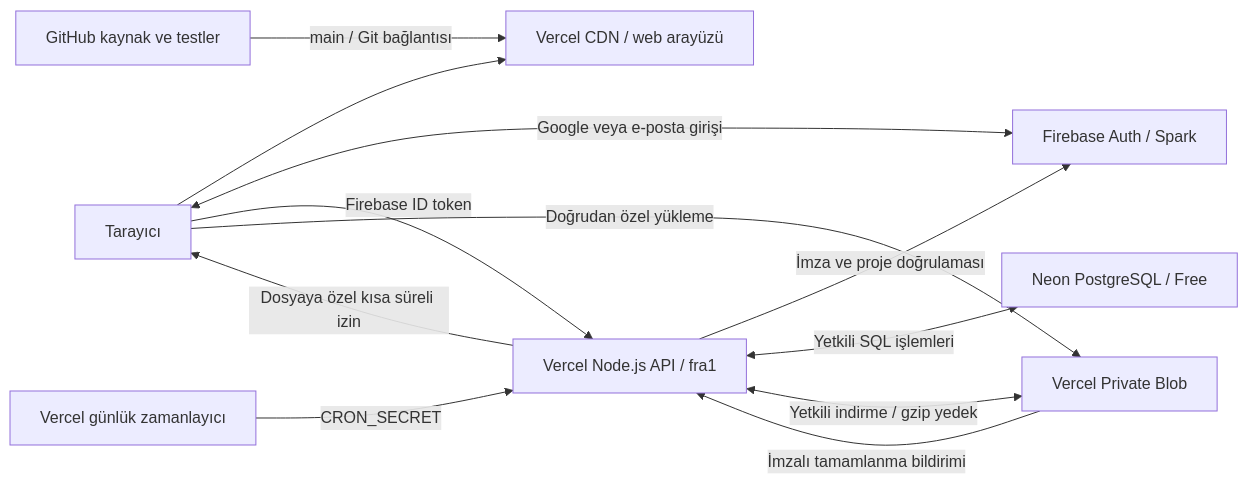
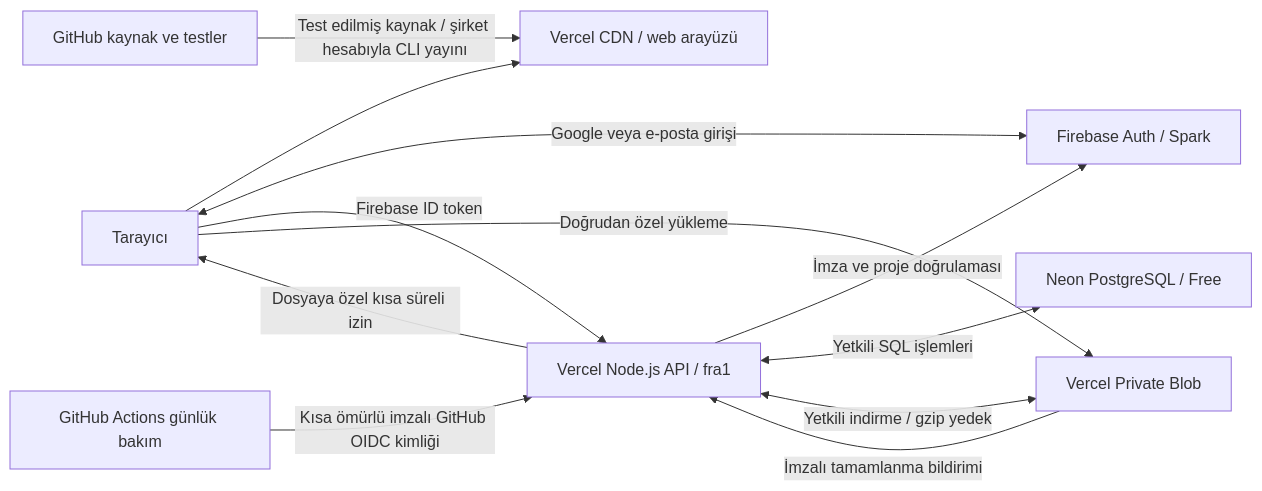
The diagram in MIMARI.md (birlikteiyilik/birlikte-iyilik-ekip), drawn with Mermaid before and after one commit. The commit also changed other lines of this file and 12 other files, not shown here.

Commit message:
Authorize daily maintenance with short-lived GitHub identity and update handoff docs

````diff
--- a/MIMARI.md
+++ b/MIMARI.md
@@ -24,14 +26,14 @@
 ```mermaid
 flowchart LR
-  Git[GitHub kaynak ve testler] -->|main / Git bağlantısı| Web[Vercel CDN / web arayüzü]
+  Git[GitHub kaynak ve testler] -->|Test edilmiş kaynak / şirket hesabıyla CLI yayını| Web[Vercel CDN / web arayüzü]
   Browser[Tarayıcı] --> Web
   Browser <-->|Google veya e-posta girişi| Auth[Firebase Auth / Spark]
   Browser -->|Firebase ID token| API[Vercel Node.js API / fra1]
   API -->|İmza ve proje doğrulaması| Auth
   API <-->|Yetkili SQL işlemleri| DB[Neon PostgreSQL / Free]
   API -->|Dosyaya özel kısa süreli izin| Browser
   Browser -->|Doğrudan özel yükleme| Blob[Vercel Private Blob]
   Blob -->|İmzalı tamamlanma bildirimi| API
   API <-->|Yetkili indirme / gzip yedek| Blob
-  Cron[Vercel günlük zamanlayıcı] -->|CRON_SECRET| API
+  Cron[GitHub Actions günlük bakım] -->|Kısa ömürlü imzalı GitHub OIDC kimliği| API
 ```
````
